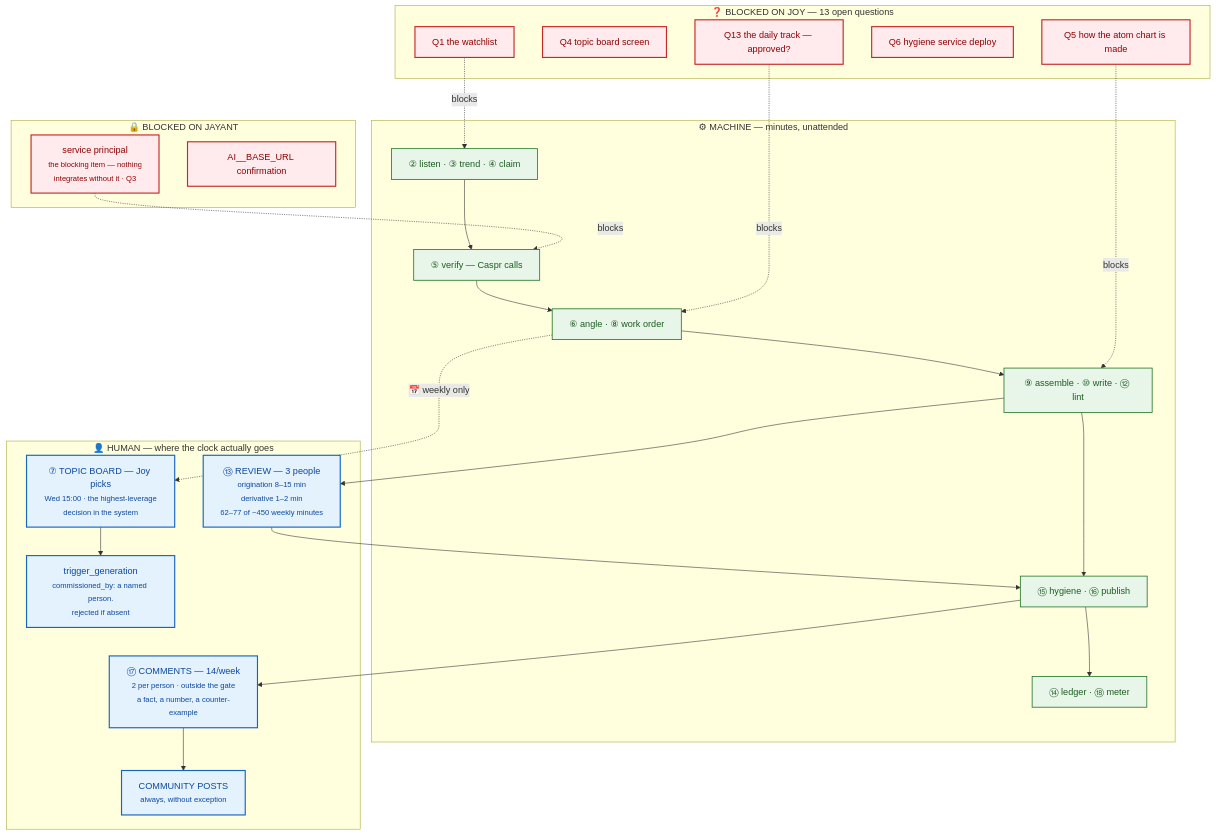
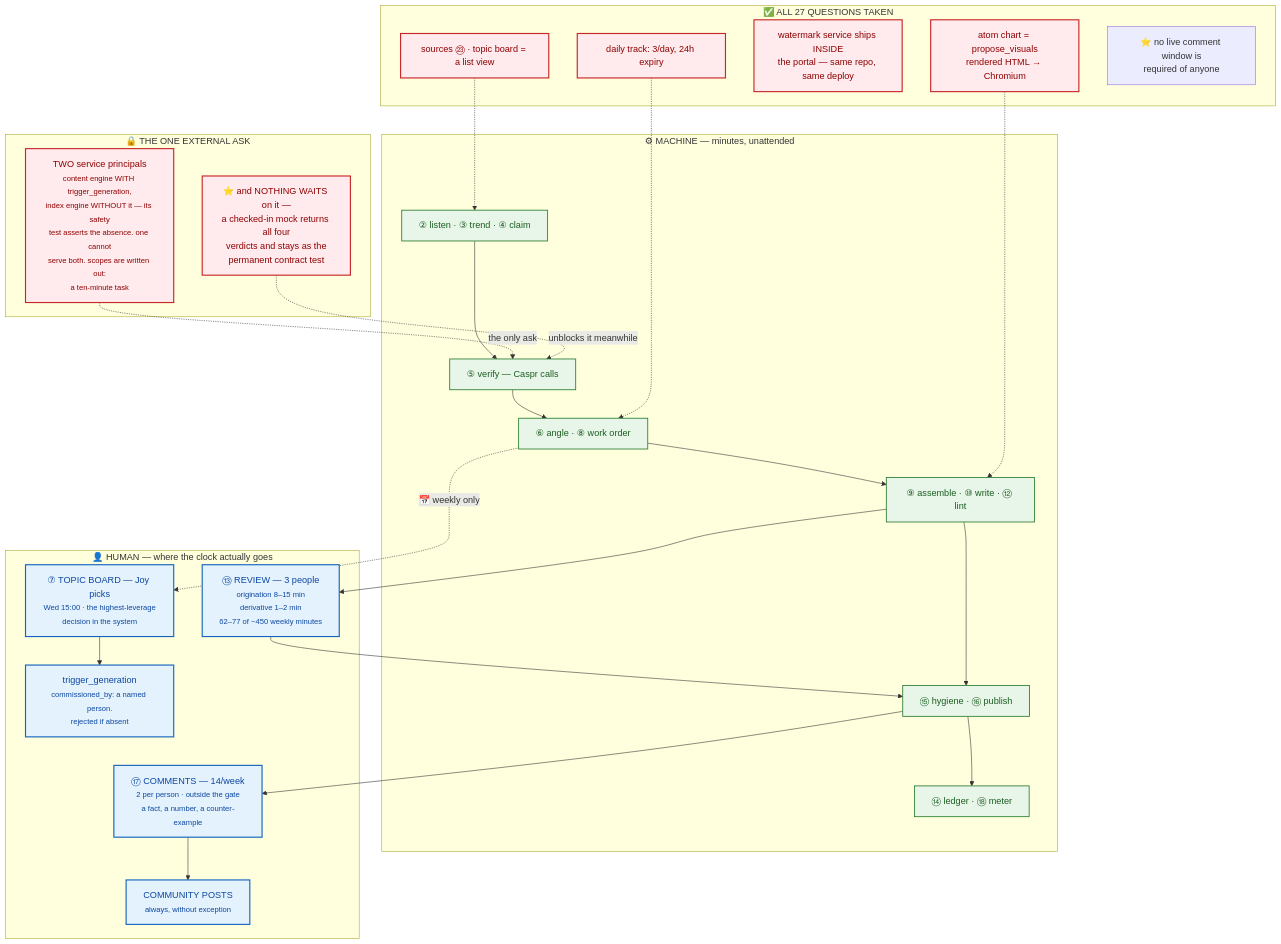
Diagram 11 of 21 in docs/gtm/content-engine-flowchart.md (rathishreya/Caspr), drawn with Mermaid before and after one commit. The commit also changed other lines of this file and 2 other files, not shown here.

````diff
--- a/docs/gtm/content-engine-flowchart.md
+++ b/docs/gtm/content-engine-flowchart.md
@@ -555,51 +555,52 @@
 ```mermaid
 flowchart TD
     subgraph MACHINE["⚙ MACHINE — minutes, unattended"]
         M1["② listen · ③ trend · ④ claim"]
         M2["⑤ verify — Caspr calls"]
         M3["⑥ angle · ⑧ work order"]
         M4["⑨ assemble · ⑩ write · ⑫ lint"]
         M5["⑮ hygiene · ⑯ publish"]
         M6["⑭ ledger · ⑱ meter"]
     end
 
     subgraph HUMAN["👤 HUMAN — where the clock actually goes"]
         H1["⑦ TOPIC BOARD — Joy picks<br/><small>Wed 15:00 · the highest-leverage<br/>decision in the system</small>"]
         H2["trigger_generation<br/><small>commissioned_by: a named person.<br/>rejected if absent</small>"]
         H3["⑬ REVIEW — 3 people<br/><small>origination 8–15 min<br/>derivative 1–2 min<br/>62–77 of ~450 weekly minutes</small>"]
         H4["⑰ COMMENTS — 14/week<br/><small>2 per person · outside the gate<br/>a fact, a number, a counter-example</small>"]
         H5["COMMUNITY POSTS<br/><small>always, without exception</small>"]
     end
 
-    subgraph JAYANT["🔒 BLOCKED ON JAYANT"]
-        B1["service principal<br/><small>the blocking item — nothing<br/>integrates without it · Q3</small>"]
-        B2["AI__BASE_URL confirmation"]
+    subgraph JAYANT["🔒 THE ONE EXTERNAL ASK"]
+        B1["TWO service principals<br/><small>content engine WITH trigger_generation,<br/>index engine WITHOUT it — its safety<br/>test asserts the absence. one cannot<br/>serve both. scopes are written out:<br/>a ten-minute task</small>"]
+        B2["⭐ and NOTHING WAITS on it —<br/>a checked-in mock returns all four<br/>verdicts and stays as the<br/>permanent contract test"]
     end
 
-    subgraph DECIDE["❓ BLOCKED ON JOY — 13 open questions"]
-        D1["Q1 the watchlist"]
-        D2["Q4 topic board screen"]
-        D3["Q5 how the atom chart is made"]
-        D4["Q6 hygiene service deploy"]
-        D5["Q13 the daily track — approved?"]
+    subgraph DECIDE["✅ ALL 27 QUESTIONS TAKEN"]
+        D1["sources ㉓ · topic board = a list view"]
+        D3["atom chart = propose_visuals<br/>rendered HTML → Chromium"]
+        D4["watermark service ships INSIDE<br/>the portal — same repo, same deploy"]
+        D5["daily track: 3/day, 24h expiry"]
+        D6["⭐ no live comment window is<br/>required of anyone"]
     end
 
     M1 --> M2 --> M3 --> M4 --> M5
     M3 -.->|"📅 weekly only"| H1
     H1 --> H2
     M4 --> H3 --> M5
     M5 --> H4 --> H5
     M5 --> M6
 
-    B1 -.->|"blocks"| M2
-    D1 -.->|"blocks"| M1
-    D3 -.->|"blocks"| M4
-    D5 -.->|"blocks"| M3
+    B1 -.->|"the only ask"| M2
+    B2 -.->|"unblocks it meanwhile"| M2
+    D1 -.-> M1
+    D3 -.-> M4
+    D5 -.-> M3
 
     classDef mach fill:#e8f5e9,stroke:#2e7d32,stroke-width:1.5px,color:#1b5e20
     classDef hum fill:#e3f2fd,stroke:#1565c0,stroke-width:2px,color:#0d47a1
     classDef blk fill:#ffebee,stroke:#c62828,stroke-width:2px,color:#8e0000
     class M1,M2,M3,M4,M5,M6 mach
     class H1,H2,H3,H4,H5 hum
     class B1,B2,D1,D2,D3,D4,D5 blk
 ```
````
